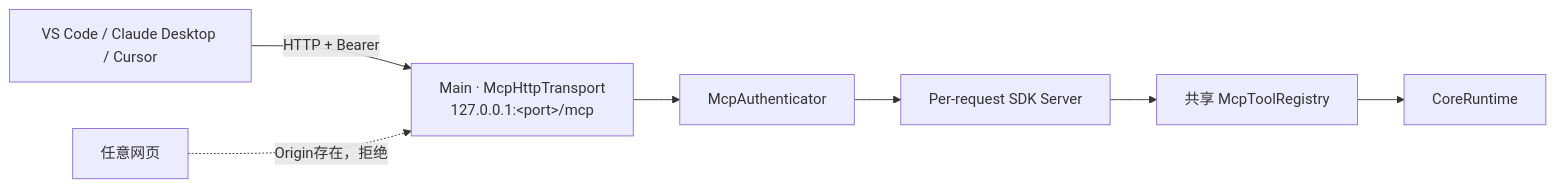
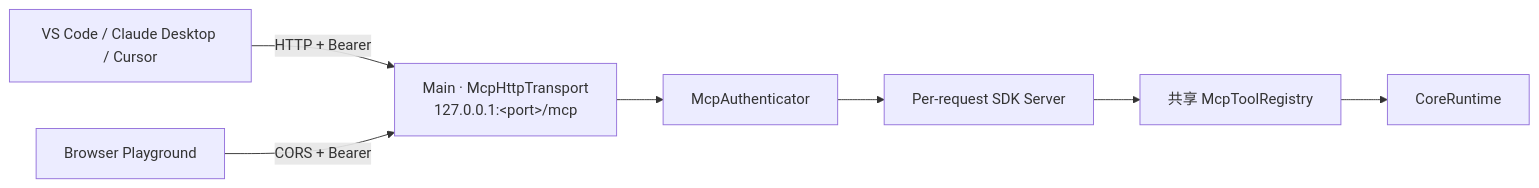
One commit to zhxmt-xm/Interceptor changed the fifth of 6 diagrams in architecture/features/mcp.md. Above: the diagram before and after it, drawn with Mermaid. The commit also changed other lines of this file and 80 other files, not shown here.

````diff
--- a/architecture/features/mcp.md
+++ b/architecture/features/mcp.md
@@ -280,9 +280,9 @@
 ```mermaid
 flowchart LR
         HOST["VS Code / Claude Desktop / Cursor"] -->|"HTTP + Bearer"| HTTP["Main · McpHttpTransport<br/>127.0.0.1:&lt;port&gt;/mcp"]
-        WEB["任意网页"] -.->|"Origin存在，拒绝"| HTTP
+    WEB["Browser Playground"] -->|"CORS + Bearer"| HTTP
         HTTP --> AUTH["McpAuthenticator"]
         AUTH --> HANDLER["Per-request SDK Server"]
         HANDLER --> REG["共享 McpToolRegistry"]
         REG --> CORE["CoreRuntime"]
 ```
````
